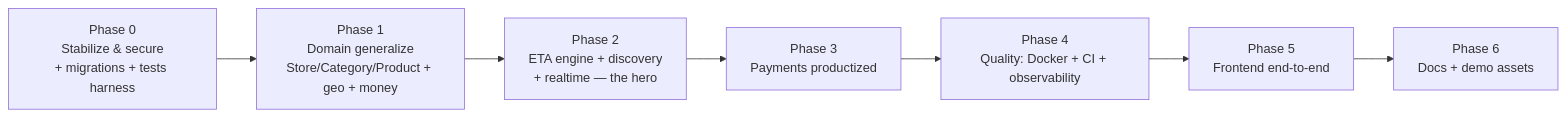
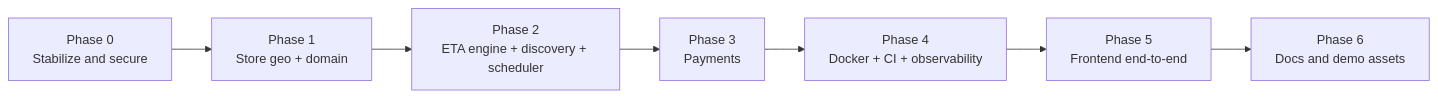
Before and after one commit to ManoharEldhandi/OnTheWay: the ninth of 9 diagrams in ARCHITECTURE.md, drawn with Mermaid. The commit also changed other lines of this file and 21 other files, not shown here.

````diff
--- a/ARCHITECTURE.md
+++ b/ARCHITECTURE.md
@@ -351,9 +308,9 @@
 ```mermaid
 graph LR
-    P0[Phase 0<br/>Stabilize & secure<br/>+ migrations + tests harness] --> P1[Phase 1<br/>Domain generalize<br/>Store/Category/Product + geo + money]
-    P1 --> P2[Phase 2<br/>ETA engine + discovery<br/>+ realtime — the hero]
-    P2 --> P3[Phase 3<br/>Payments productized]
-    P3 --> P4[Phase 4<br/>Quality: Docker + CI + observability]
+    P0[Phase 0<br/>Stabilize and secure] --> P1[Phase 1<br/>Store geo + domain]
+    P1 --> P2[Phase 2<br/>ETA engine + discovery + scheduler]
+    P2 --> P3[Phase 3<br/>Payments]
+    P3 --> P4[Phase 4<br/>Docker + CI + observability]
     P4 --> P5[Phase 5<br/>Frontend end-to-end]
-    P5 --> P6[Phase 6<br/>Docs + demo assets]
+    P5 --> P6[Phase 6<br/>Docs and demo assets]
 ```
````
